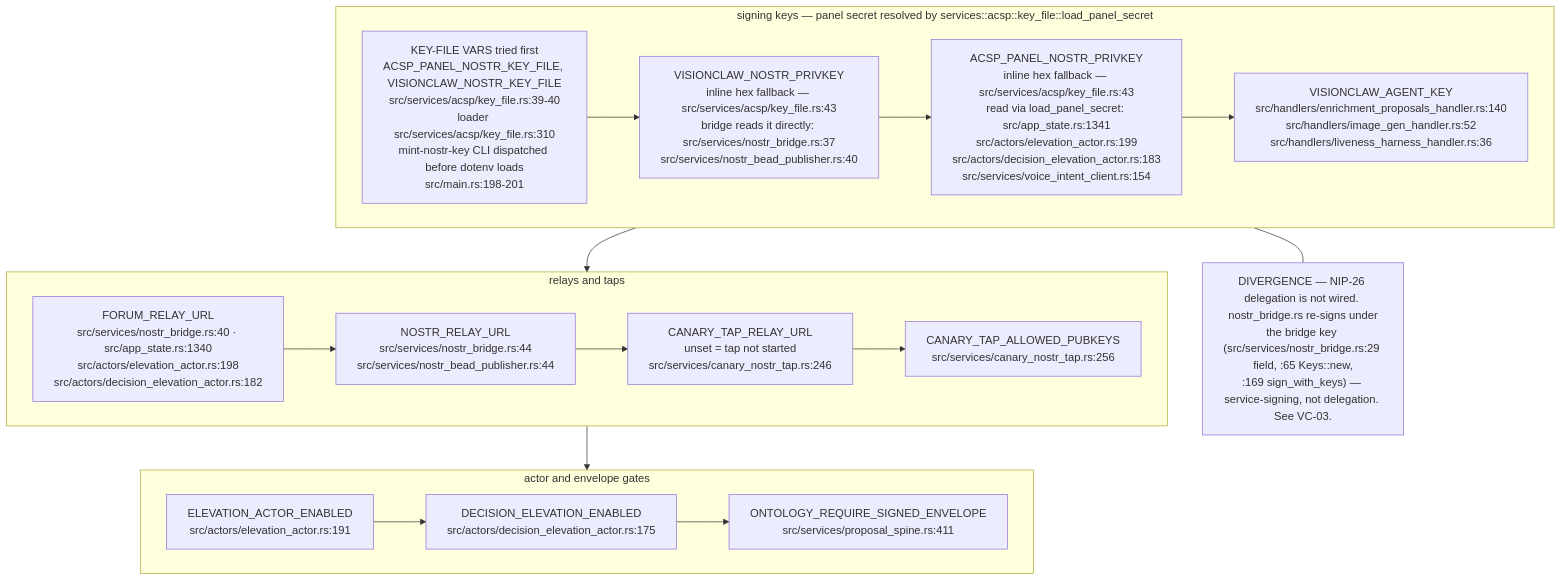
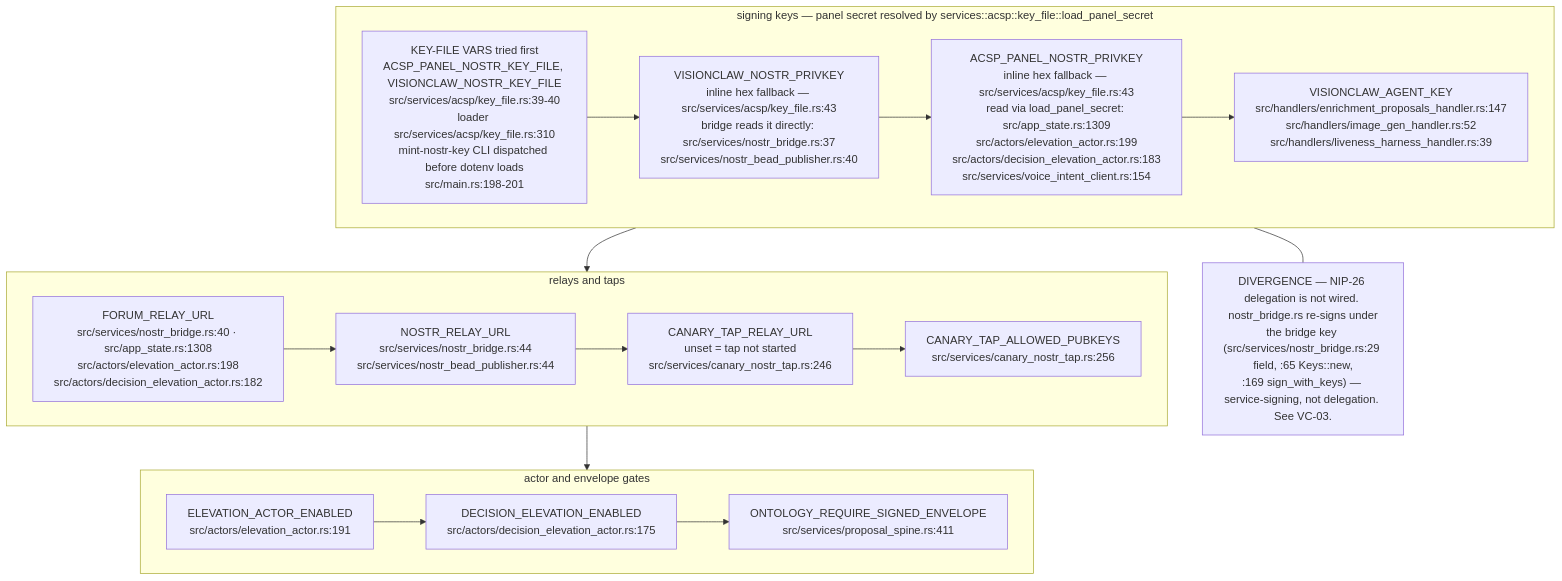
One commit to DreamLab-AI/VisionFlow changed the tenth of 16 diagrams in docs/diagrams/visionclaw/09-config-and-env-flags.md. Above: the diagram before and after it, drawn with Mermaid. The commit also changed other lines of this file and 160 other files, not shown here.

````diff
--- a/docs/diagrams/visionclaw/09-config-and-env-flags.md
+++ b/docs/diagrams/visionclaw/09-config-and-env-flags.md
@@ -432,15 +436,15 @@
 ```mermaid
 flowchart TB
     subgraph KEYS["signing keys — panel secret resolved by services::acsp::key_file::load_panel_secret"]
-        K0["KEY-FILE VARS tried first<br/>ACSP_PANEL_NOSTR_KEY_FILE, VISIONCLAW_NOSTR_KEY_FILE<br/>src/services/acsp/key_file.rs:39-40<br/>loader src/services/acsp/key_file.rs:310<br/>mint-nostr-key CLI dispatched before dotenv loads<br/>src/main.rs:198-201"] --> K1["VISIONCLAW_NOSTR_PRIVKEY<br/>inline hex fallback — src/services/acsp/key_file.rs:43<br/>bridge reads it directly: src/services/nostr_bridge.rs:37<br/>src/services/nostr_bead_publisher.rs:40"] --> K2["ACSP_PANEL_NOSTR_PRIVKEY<br/>inline hex fallback — src/services/acsp/key_file.rs:43<br/>read via load_panel_secret: src/app_state.rs:1341<br/>src/actors/elevation_actor.rs:199<br/>src/actors/decision_elevation_actor.rs:183<br/>src/services/voice_intent_client.rs:154"] --> K3["VISIONCLAW_AGENT_KEY<br/>src/handlers/enrichment_proposals_handler.rs:140<br/>src/handlers/image_gen_handler.rs:52<br/>src/handlers/liveness_harness_handler.rs:36"]
+        K0["KEY-FILE VARS tried first<br/>ACSP_PANEL_NOSTR_KEY_FILE, VISIONCLAW_NOSTR_KEY_FILE<br/>src/services/acsp/key_file.rs:39-40<br/>loader src/services/acsp/key_file.rs:310<br/>mint-nostr-key CLI dispatched before dotenv loads<br/>src/main.rs:198-201"] --> K1["VISIONCLAW_NOSTR_PRIVKEY<br/>inline hex fallback — src/services/acsp/key_file.rs:43<br/>bridge reads it directly: src/services/nostr_bridge.rs:37<br/>src/services/nostr_bead_publisher.rs:40"] --> K2["ACSP_PANEL_NOSTR_PRIVKEY<br/>inline hex fallback — src/services/acsp/key_file.rs:43<br/>read via load_panel_secret: src/app_state.rs:1309<br/>src/actors/elevation_actor.rs:199<br/>src/actors/decision_elevation_actor.rs:183<br/>src/services/voice_intent_client.rs:154"] --> K3["VISIONCLAW_AGENT_KEY<br/>src/handlers/enrichment_proposals_handler.rs:147<br/>src/handlers/image_gen_handler.rs:52<br/>src/handlers/liveness_harness_handler.rs:39"]
     end
     subgraph RELAYS["relays and taps"]
-        R1["FORUM_RELAY_URL<br/>src/services/nostr_bridge.rs:40 · src/app_state.rs:1340<br/>src/actors/elevation_actor.rs:198<br/>src/actors/decision_elevation_actor.rs:182"] --> R2["NOSTR_RELAY_URL<br/>src/services/nostr_bridge.rs:44<br/>src/services/nostr_bead_publisher.rs:44"] --> R3["CANARY_TAP_RELAY_URL<br/>unset = tap not started<br/>src/services/canary_nostr_tap.rs:246"] --> R4["CANARY_TAP_ALLOWED_PUBKEYS<br/>src/services/canary_nostr_tap.rs:256"]
+        R1["FORUM_RELAY_URL<br/>src/services/nostr_bridge.rs:40 · src/app_state.rs:1308<br/>src/actors/elevation_actor.rs:198<br/>src/actors/decision_elevation_actor.rs:182"] --> R2["NOSTR_RELAY_URL<br/>src/services/nostr_bridge.rs:44<br/>src/services/nostr_bead_publisher.rs:44"] --> R3["CANARY_TAP_RELAY_URL<br/>unset = tap not started<br/>src/services/canary_nostr_tap.rs:246"] --> R4["CANARY_TAP_ALLOWED_PUBKEYS<br/>src/services/canary_nostr_tap.rs:256"]
     end
     subgraph GATES["actor and envelope gates"]
         G1["ELEVATION_ACTOR_ENABLED<br/>src/actors/elevation_actor.rs:191"] --> G2["DECISION_ELEVATION_ENABLED<br/>src/actors/decision_elevation_actor.rs:175"] --> G3["ONTOLOGY_REQUIRE_SIGNED_ENVELOPE<br/>src/services/proposal_spine.rs:411"]
     end
     KEYS --> RELAYS --> GATES
     N3["DIVERGENCE — NIP-26 delegation is not wired. nostr_bridge.rs re-signs under<br/>the bridge key (src/services/nostr_bridge.rs:29 field, :65 Keys::new,<br/>:169 sign_with_keys) — service-signing, not delegation. See VC-03."]
     KEYS --- N3
 ```
````
